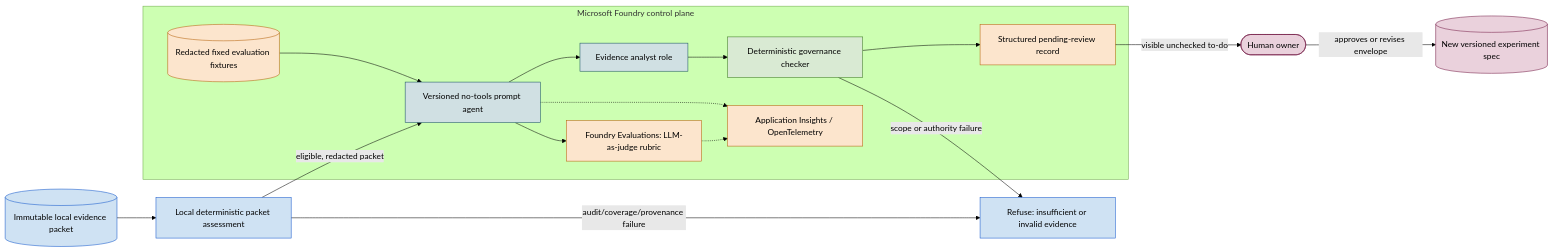
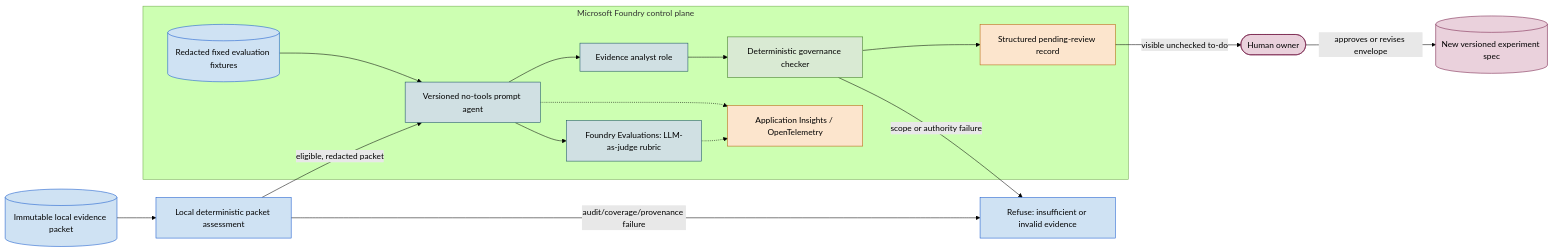
Before and after one commit to Applied-Agent-Works/foundry-trainer: the seventh of 7 diagrams in carrot-tuning-system/docs/architecture-diagrams.md, drawn with Mermaid (forest theme). The commit also changed other lines of this file and 11 other files, not shown here.

````diff
--- a/carrot-tuning-system/docs/architecture-diagrams.md
+++ b/carrot-tuning-system/docs/architecture-diagrams.md
@@ -283,43 +284,43 @@
 ```mermaid
 flowchart LR
     Packet[(Immutable local evidence packet)]
     Assess[Local deterministic packet assessment]
     Stop[Refuse: insufficient or invalid evidence]
 
     subgraph Foundry[Microsoft Foundry control plane]
         Workflow[Versioned no-tools prompt agent]
         Analyst[Evidence analyst role]
         Gate[Deterministic governance checker]
         Review[Structured pending-review record]
         EvalSet[(Redacted fixed evaluation fixtures)]
         Judge[Foundry Evaluations: LLM-as-judge rubric]
         Trace[Application Insights / OpenTelemetry]
 
         Workflow --> Analyst --> Gate --> Review
         EvalSet --> Workflow
         Workflow --> Judge
         Workflow -.-> Trace
         Judge -.-> Trace
     end
 
     Human([Human owner])
     NextSpec[(New versioned experiment spec)]
 
     Packet --> Assess
     Assess -->|eligible, redacted packet| Workflow
     Assess -->|audit/coverage/provenance failure| Stop
     Gate -->|scope or authority failure| Stop
     Review -->|visible unchecked to-do| Human
     Human -->|approves or revises envelope| NextSpec
 
     classDef local fill:#cfe2f3,stroke:#1155cc,color:#000;
     classDef deterministic fill:#d9ead3,stroke:#38761d,color:#000;
     classDef deployed fill:#d0e0e3,stroke:#134f5c,color:#000;
     classDef planned fill:#fce5cd,stroke:#b45f06,color:#000;
     classDef human fill:#ead1dc,stroke:#741b47,color:#000;
-    class Packet,Assess,Stop local;
+    class Packet,Assess,Stop,EvalSet local;
     class Gate deterministic;
-    class Workflow,Analyst deployed;
-    class Review,EvalSet,Judge,Trace planned;
+    class Workflow,Analyst,Judge deployed;
+    class Review,Trace planned;
     class Human,NextSpec human;
 ```
````
